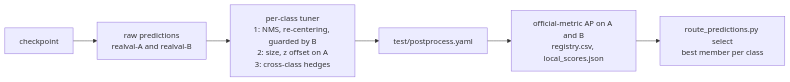
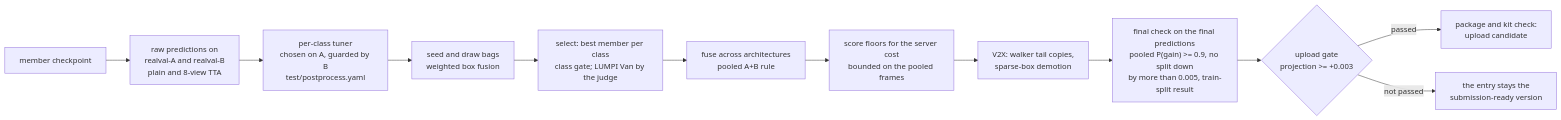
The second of 3 diagrams in README.md (karmarv/utsim2real-bdc26), drawn with Mermaid before and after one commit. The commit also changed other lines of this file and 12 other files, not shown here.

````diff
--- a/README.md
+++ b/README.md
@@ -86,8 +90,14 @@
 ```mermaid
 flowchart LR
-  CK[checkpoint] --> RAW[raw predictions<br/>realval-A and realval-B]
-  RAW --> TUNE[per-class tuner<br/>1: NMS, re-centering, guarded by B<br/>2: size, z offset on A<br/>3: cross-class hedges]
-  TUNE --> PP[test/postprocess.yaml]
-  PP --> EV[official-metric AP on A and B<br/>registry.csv, local_scores.json]
-  EV --> RT[route_predictions.py select<br/>best member per class]
+  CK["member checkpoint"] --> RAW["raw predictions on<br/>realval-A and realval-B<br/>plain and 8-view TTA"]
+  RAW --> TUNE["per-class tuner<br/>chosen on A, guarded by B<br/>test/postprocess.yaml"]
+  TUNE --> BAG["seed and draw bags<br/>weighted box fusion"]
+  BAG --> RT["select: best member per class<br/>class gate; LUMPI Van by the judge"]
+  RT --> FU["fuse across architectures<br/>pooled A+B rule"]
+  FU --> BU["score floors for the server cost<br/>bounded on the pooled frames"]
+  BU --> V2["V2X: walker tail copies,<br/>sparse-box demotion"]
+  V2 --> FC["final check on the final predictions<br/>pooled P(gain) >= 0.9, no split down<br/>by more than 0.005, train-split result"]
+  FC --> UG{"upload gate<br/>projection >= +0.003"}
+  UG -->|passed| PK["package and kit check:<br/>upload candidate"]
+  UG -->|"not passed"| EN["the entry stays the<br/>submission-ready version"]
 ```
````
